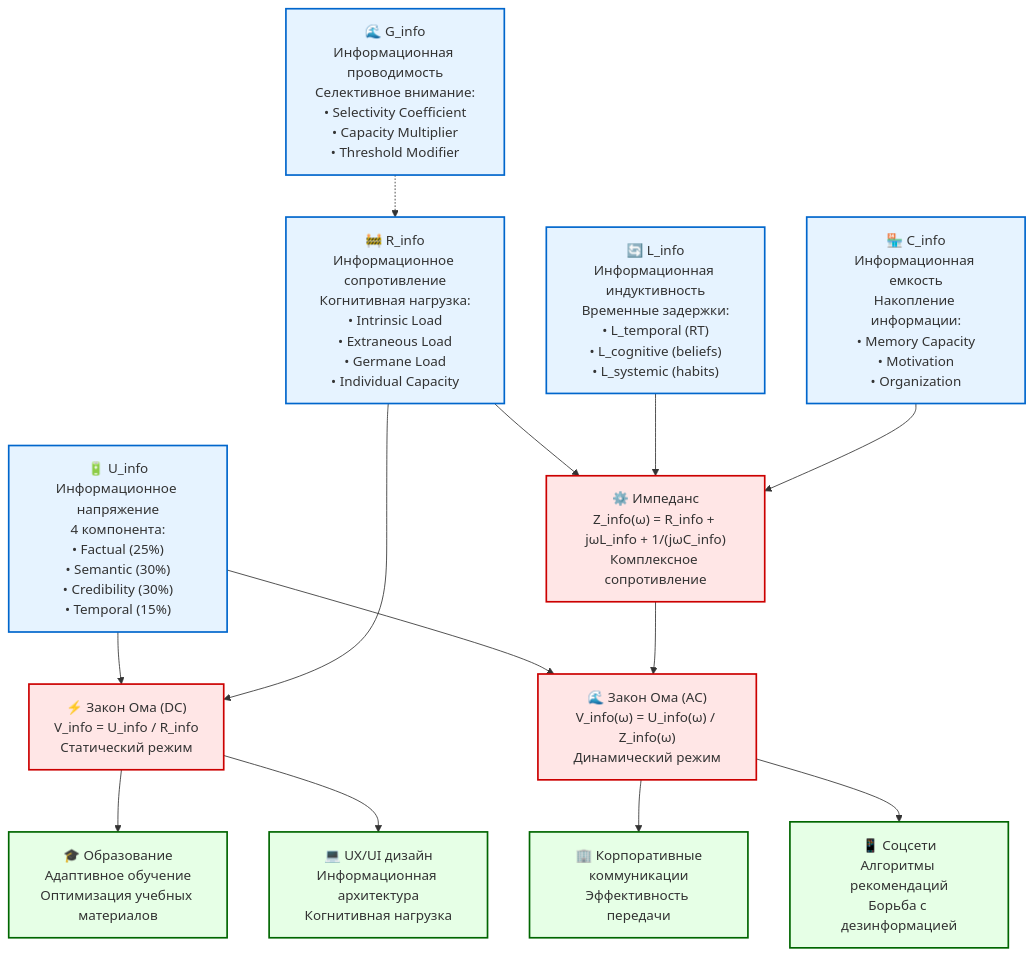
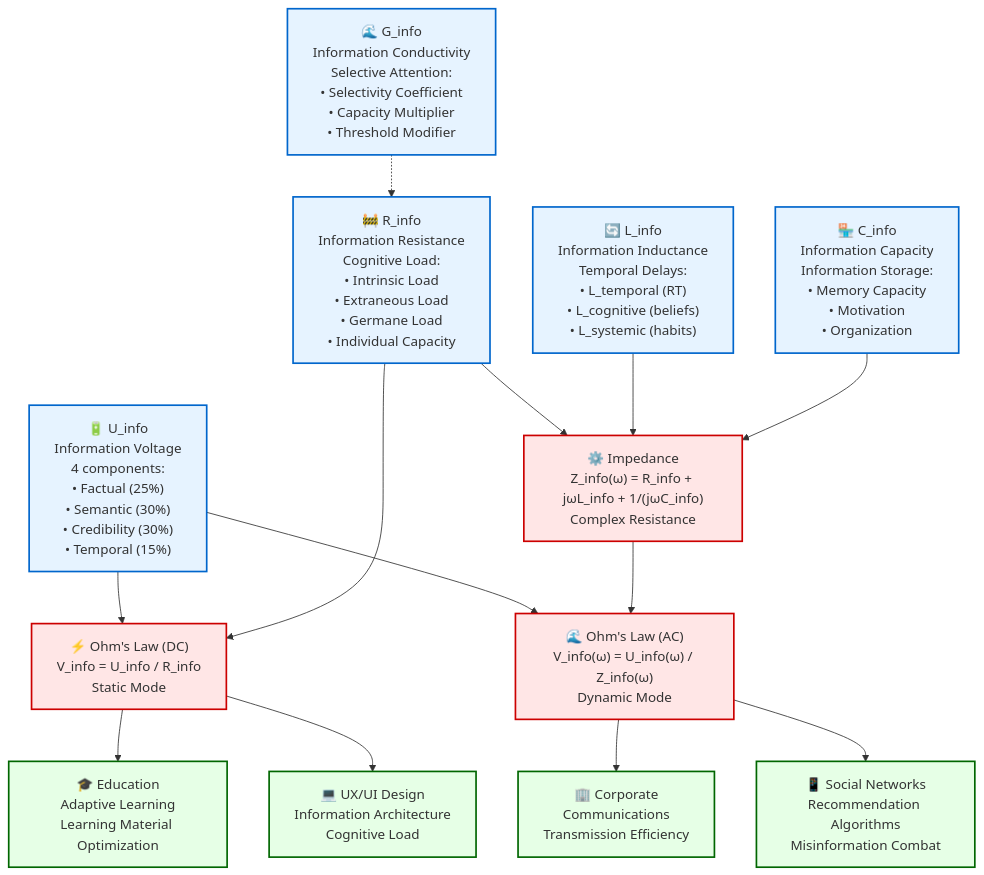
Before and after one commit to eaprelsky/infodynamics: the diagram in diagrams/01_ohms_law_complete.md, drawn with Mermaid. The commit also changed other lines of this file and 75 other files, not shown here.

````diff
--- a/diagrams/01_ohms_law_complete.md
+++ b/diagrams/01_ohms_law_complete.md
@@ -8,57 +8,57 @@
 ```mermaid
 graph TD
-    %% Основные компоненты закона Ома для информации
-    U["🔋 U_info<br/>Информационное напряжение<br/>4 компонента:<br/>• Factual (25%)<br/>• Semantic (30%)<br/>• Credibility (30%)<br/>• Temporal (15%)"]
+    %% Core components of Ohm's law for information
+    U["🔋 U_info<br/>Information Voltage<br/>4 components:<br/>• Factual (25%)<br/>• Semantic (30%)<br/>• Credibility (30%)<br/>• Temporal (15%)"]
     
-    R["🚧 R_info<br/>Информационное сопротивление<br/>Когнитивная нагрузка:<br/>• Intrinsic Load<br/>• Extraneous Load<br/>• Germane Load<br/>• Individual Capacity"]
+    R["🚧 R_info<br/>Information Resistance<br/>Cognitive Load:<br/>• Intrinsic Load<br/>• Extraneous Load<br/>• Germane Load<br/>• Individual Capacity"]
     
-    L["🔄 L_info<br/>Информационная индуктивность<br/>Временные задержки:<br/>• L_temporal (RT)<br/>• L_cognitive (beliefs)<br/>• L_systemic (habits)"]
+    L["🔄 L_info<br/>Information Inductance<br/>Temporal Delays:<br/>• L_temporal (RT)<br/>• L_cognitive (beliefs)<br/>• L_systemic (habits)"]
     
-    C["🏪 C_info<br/>Информационная емкость<br/>Накопление информации:<br/>• Memory Capacity<br/>• Motivation<br/>• Organization"]
+    C["🏪 C_info<br/>Information Capacity<br/>Information Storage:<br/>• Memory Capacity<br/>• Motivation<br/>• Organization"]
     
-    G["🌊 G_info<br/>Информационная проводимость<br/>Селективное внимание:<br/>• Selectivity Coefficient<br/>• Capacity Multiplier<br/>• Threshold Modifier"]
+    G["🌊 G_info<br/>Information Conductivity<br/>Selective Attention:<br/>• Selectivity Coefficient<br/>• Capacity Multiplier<br/>• Threshold Modifier"]
     
-    %% Законы и формулы
-    OHM_DC["⚡ Закон Ома (DC)<br/>V_info = U_info / R_info<br/>Статический режим"]
+    %% Laws and formulas
+    OHM_DC["⚡ Ohm's Law (DC)<br/>V_info = U_info / R_info<br/>Static Mode"]
     
-    OHM_AC["🌊 Закон Ома (AC)<br/>V_info(ω) = U_info(ω) / Z_info(ω)<br/>Динамический режим"]
+    OHM_AC["🌊 Ohm's Law (AC)<br/>V_info(ω) = U_info(ω) / Z_info(ω)<br/>Dynamic Mode"]
     
-    Z["⚙️ Импеданс<br/>Z_info(ω) = R_info + jωL_info + 1/(jωC_info)<br/>Комплексное сопротивление"]
+    Z["⚙️ Impedance<br/>Z_info(ω) = R_info + jωL_info + 1/(jωC_info)<br/>Complex Resistance"]
     
-    %% Практические применения
-    APP1["🎓 Образование<br/>Адаптивное обучение<br/>Оптимизация учебных материалов"]
+    %% Practical applications
+    APP1["🎓 Education<br/>Adaptive Learning<br/>Learning Material Optimization"]
     
-    APP2["💻 UX/UI дизайн<br/>Информационная архитектура<br/>Когнитивная нагрузка"]
+    APP2["💻 UX/UI Design<br/>Information Architecture<br/>Cognitive Load"]
     
-    APP3["🏢 Корпоративные<br/>коммуникации<br/>Эффективность передачи"]
+    APP3["🏢 Corporate<br/>Communications<br/>Transmission Efficiency"]
     
-    APP4["📱 Соцсети<br/>Алгоритмы рекомендаций<br/>Борьба с дезинформацией"]
+    APP4["📱 Social Networks<br/>Recommendation Algorithms<br/>Misinformation Combat"]
     
-    %% Связи компонентов
+    %% Component connections
     U --> OHM_DC
     R --> OHM_DC
     
     U --> OHM_AC
     Z --> OHM_AC
     
     R --> Z
     L --> Z
     C --> Z
     
     G -.-> R
     
-    %% Связи с применениями
+    %% Application connections
     OHM_DC --> APP1
     OHM_DC --> APP2
     OHM_AC --> APP3
     OHM_AC --> APP4
     
-    %% Стили
+    %% Styles
     classDef component fill:#E6F3FF,stroke:#0066CC,stroke-width:2px
     classDef law fill:#FFE6E6,stroke:#CC0000,stroke-width:2px
     classDef application fill:#E6FFE6,stroke:#006600,stroke-width:2px
     
     class U,R,L,C,G component
     class OHM_DC,OHM_AC,Z law
     class APP1,APP2,APP3,APP4 application
 ```
````
